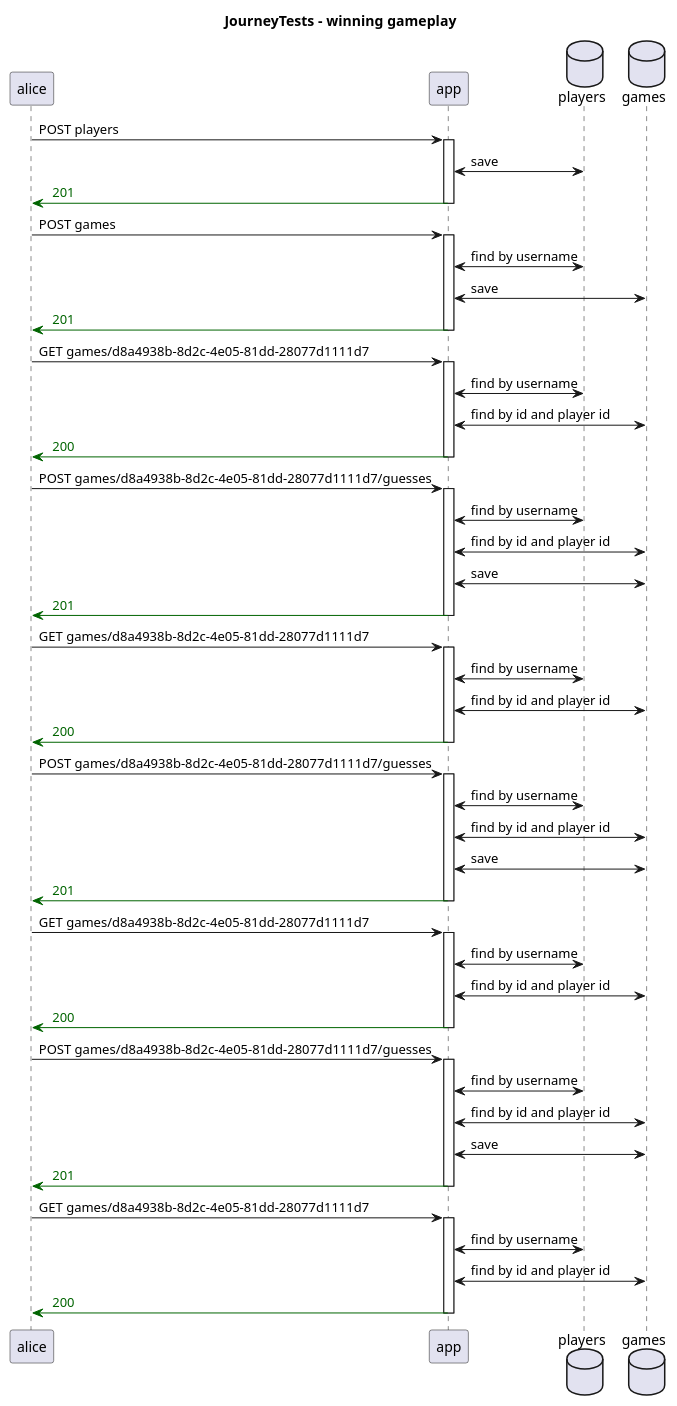
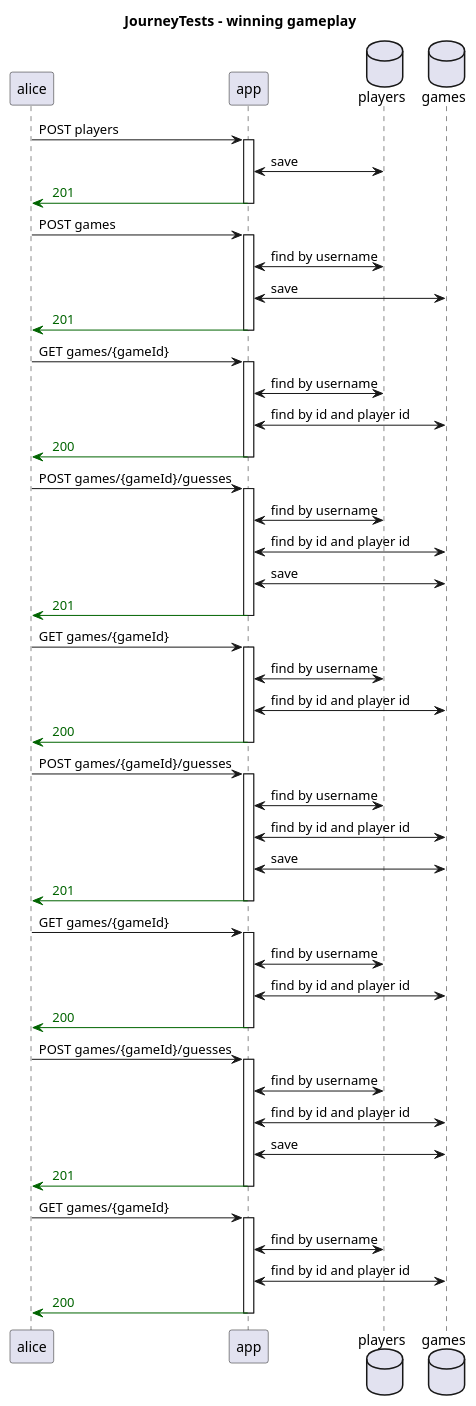
The diagram in docs/system/generated/JourneyTests - winning gameplay - Sequence.puml (th3n3rd/http4k-playground), drawn with PlantUML before and after one commit. The commit also changed 3 other files, not shown here.

Commit message:
Prevent generated diagrams to keep on changing by using a uri template

```diff
--- a/docs/system/generated/JourneyTests - winning gameplay - Sequence.puml
+++ b/docs/system/generated/JourneyTests - winning gameplay - Sequence.puml
@@ -1,63 +1,63 @@
 @startuml
 title JourneyTests - winning gameplay
 participant "alice"
 participant "app"
 database "players"
 database "games"
 "alice" -> "app": POST players
 activate "app"
 "app" <-> "players": save
 "app" -[#DarkGreen]> "alice": <color:DarkGreen> 201 
 deactivate "app"
 "alice" -> "app": POST games
 activate "app"
 "app" <-> "players": find by username
 "app" <-> "games": save
 "app" -[#DarkGreen]> "alice": <color:DarkGreen> 201 
 deactivate "app"
-"alice" -> "app": GET games/d8a4938b-8d2c-4e05-81dd-28077d1111d7
+"alice" -> "app": GET games/{gameId}
 activate "app"
 "app" <-> "players": find by username
 "app" <-> "games": find by id and player id
 "app" -[#DarkGreen]> "alice": <color:DarkGreen> 200 
 deactivate "app"
-"alice" -> "app": POST games/d8a4938b-8d2c-4e05-81dd-28077d1111d7/guesses
+"alice" -> "app": POST games/{gameId}/guesses
 activate "app"
 "app" <-> "players": find by username
 "app" <-> "games": find by id and player id
 "app" <-> "games": save
 "app" -[#DarkGreen]> "alice": <color:DarkGreen> 201 
 deactivate "app"
-"alice" -> "app": GET games/d8a4938b-8d2c-4e05-81dd-28077d1111d7
+"alice" -> "app": GET games/{gameId}
 activate "app"
 "app" <-> "players": find by username
 "app" <-> "games": find by id and player id
 "app" -[#DarkGreen]> "alice": <color:DarkGreen> 200 
 deactivate "app"
-"alice" -> "app": POST games/d8a4938b-8d2c-4e05-81dd-28077d1111d7/guesses
+"alice" -> "app": POST games/{gameId}/guesses
 activate "app"
 "app" <-> "players": find by username
 "app" <-> "games": find by id and player id
 "app" <-> "games": save
 "app" -[#DarkGreen]> "alice": <color:DarkGreen> 201 
 deactivate "app"
-"alice" -> "app": GET games/d8a4938b-8d2c-4e05-81dd-28077d1111d7
+"alice" -> "app": GET games/{gameId}
 activate "app"
 "app" <-> "players": find by username
 "app" <-> "games": find by id and player id
 "app" -[#DarkGreen]> "alice": <color:DarkGreen> 200 
 deactivate "app"
-"alice" -> "app": POST games/d8a4938b-8d2c-4e05-81dd-28077d1111d7/guesses
+"alice" -> "app": POST games/{gameId}/guesses
 activate "app"
 "app" <-> "players": find by username
 "app" <-> "games": find by id and player id
 "app" <-> "games": save
 "app" -[#DarkGreen]> "alice": <color:DarkGreen> 201 
 deactivate "app"
-"alice" -> "app": GET games/d8a4938b-8d2c-4e05-81dd-28077d1111d7
+"alice" -> "app": GET games/{gameId}
 activate "app"
 "app" <-> "players": find by username
 "app" <-> "games": find by id and player id
 "app" -[#DarkGreen]> "alice": <color:DarkGreen> 200 
 deactivate "app"
 @enduml
```
